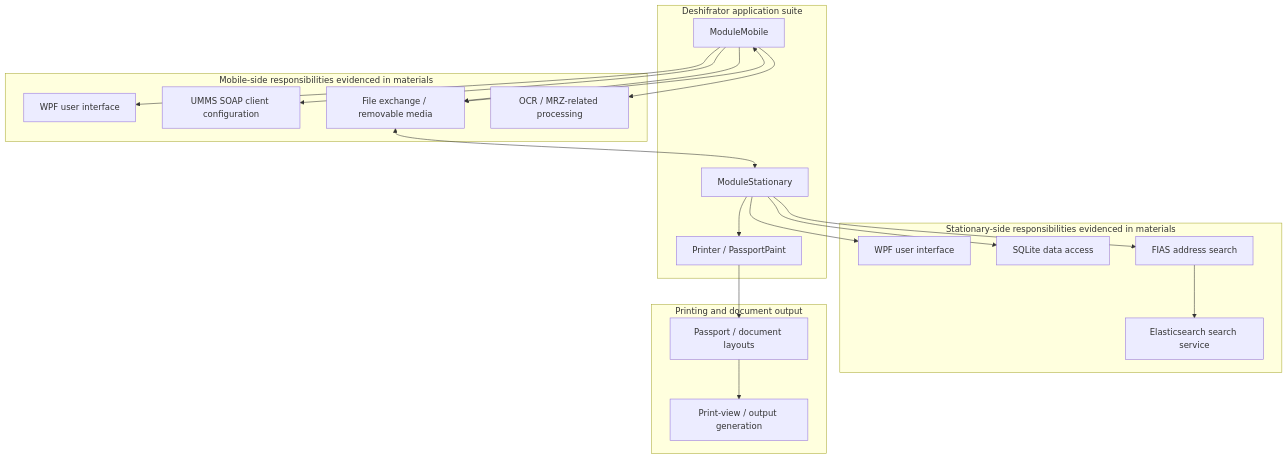
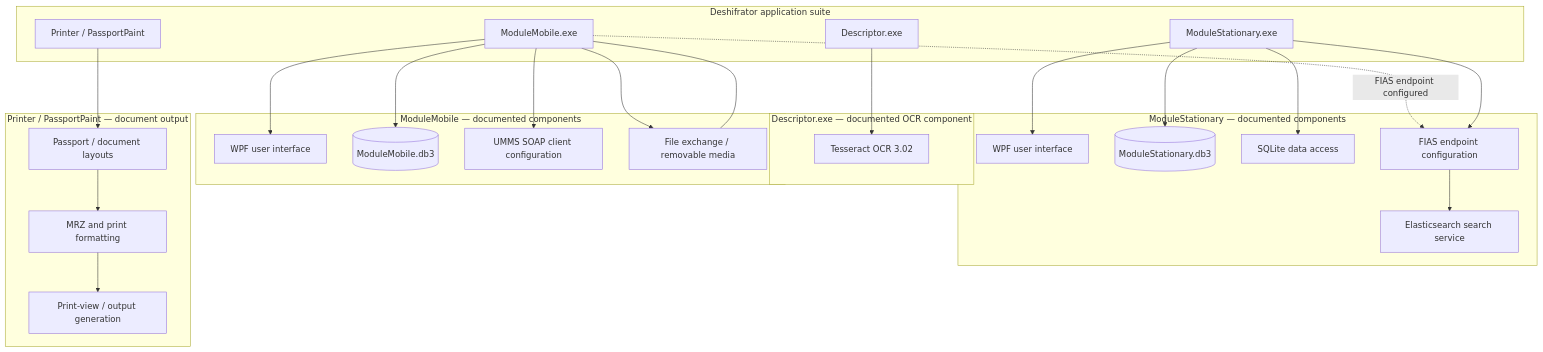
Before and after one commit to ekatmoz88-alt/territory-descriptor-unified: the eighth of 10 diagrams in materials/architecture/README.md, drawn with Mermaid. The commit also changed other lines of this file, not shown here.

Commit message:
Correct evidence and architecture documentation: README.md

````diff
--- a/materials/architecture/README.md
+++ b/materials/architecture/README.md
@@ -219,37 +219,44 @@
 ```mermaid
 flowchart TB
   subgraph SUITE["Deshifrator application suite"]
-    MOBILE["ModuleMobile"]
-    STATIONARY["ModuleStationary"]
+    DESCRIPTOR["Descriptor.exe"]
+    MOBILE["ModuleMobile.exe"]
+    STATIONARY["ModuleStationary.exe"]
     PRINT["Printer / PassportPaint"]
   end
-  subgraph MOBILEPARTS["Mobile-side responsibilities evidenced in materials"]
+  subgraph DESCRIPTORPARTS["Descriptor.exe — documented OCR component"]
+    OCR["Tesseract OCR 3.02"]
+  end
+  subgraph MOBILEPARTS["ModuleMobile — documented components"]
     MUI["WPF user interface"]
+    MOBDB[("ModuleMobile.db3")]
     SOAP["UMMS SOAP client configuration"]
     FILEOUT["File exchange / removable media"]
-    OCR["OCR / MRZ-related processing"]
   end
-  subgraph STPARTS["Stationary-side responsibilities evidenced in materials"]
+  subgraph STPARTS["ModuleStationary — documented components"]
     SUI["WPF user interface"]
+    STDB[("ModuleStationary.db3")]
     SQLITE["SQLite data access"]
-    FIAS["FIAS address search"]
+    FIAS["FIAS endpoint configuration"]
     ELASTIC["Elasticsearch search service"]
   end
-  subgraph PRINTPARTS["Printing and document output"]
+  subgraph PRINTPARTS["Printer / PassportPaint — document output"]
     LAYOUT["Passport / document layouts"]
+    MRZ["MRZ and print formatting"]
     OUTPUT["Print-view / output generation"]
   end
+  DESCRIPTOR --> OCR
   MOBILE --> MUI
+  MOBILE --> MOBDB
   MOBILE --> SOAP
   MOBILE --> FILEOUT
-  MOBILE --> OCR
   STATIONARY --> SUI
+  STATIONARY --> STDB
   STATIONARY --> SQLITE
+  MOBILE -. "FIAS endpoint configured" .-> FIAS
   STATIONARY --> FIAS
   FIAS --> ELASTIC
   PRINT --> LAYOUT
-  LAYOUT --> OUTPUT
-  MOBILE <--> FILEOUT
-  FILEOUT <--> STATIONARY
-  STATIONARY --> PRINT
+  LAYOUT --> MRZ --> OUTPUT
+  MOBILE --- FILEOUT
 ```
````
